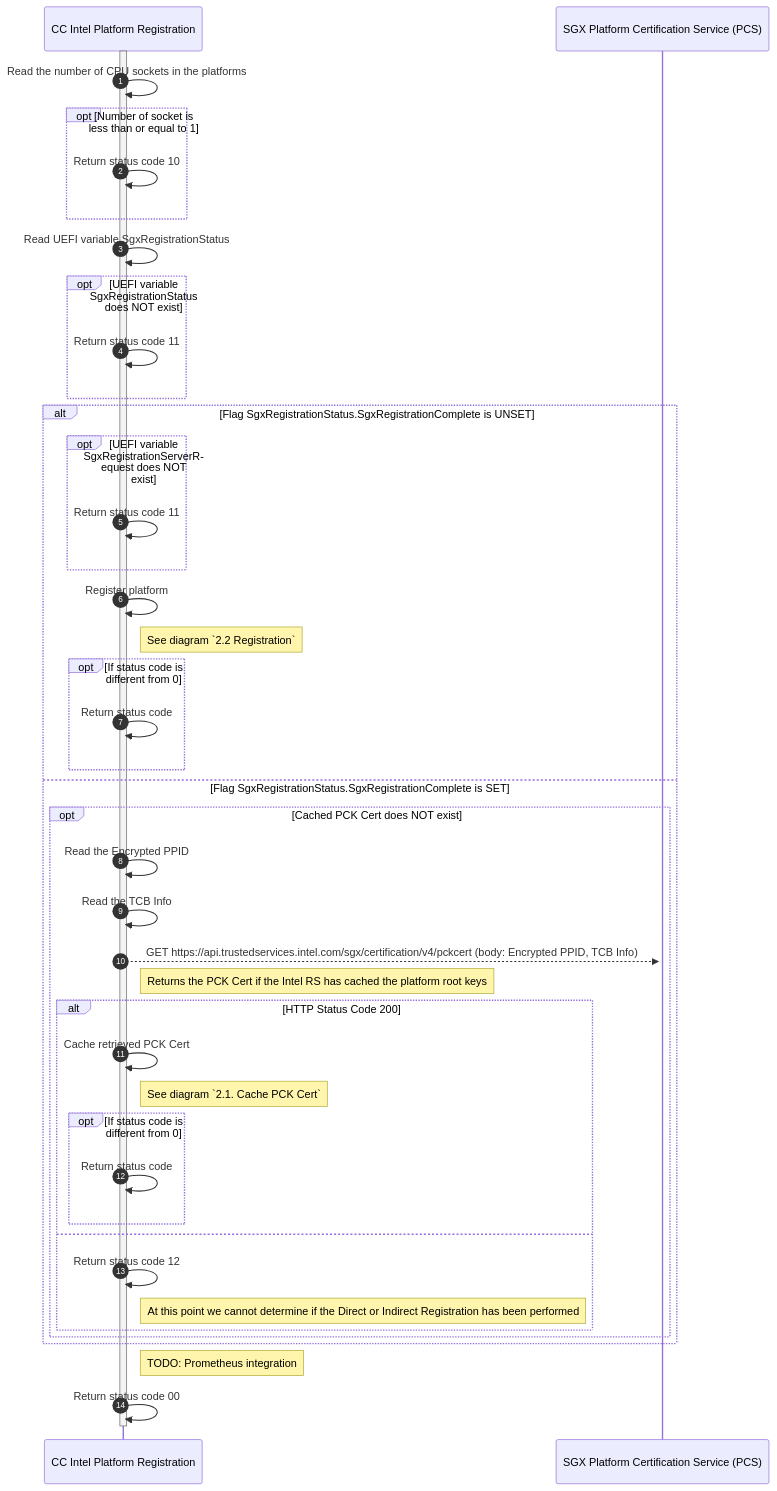
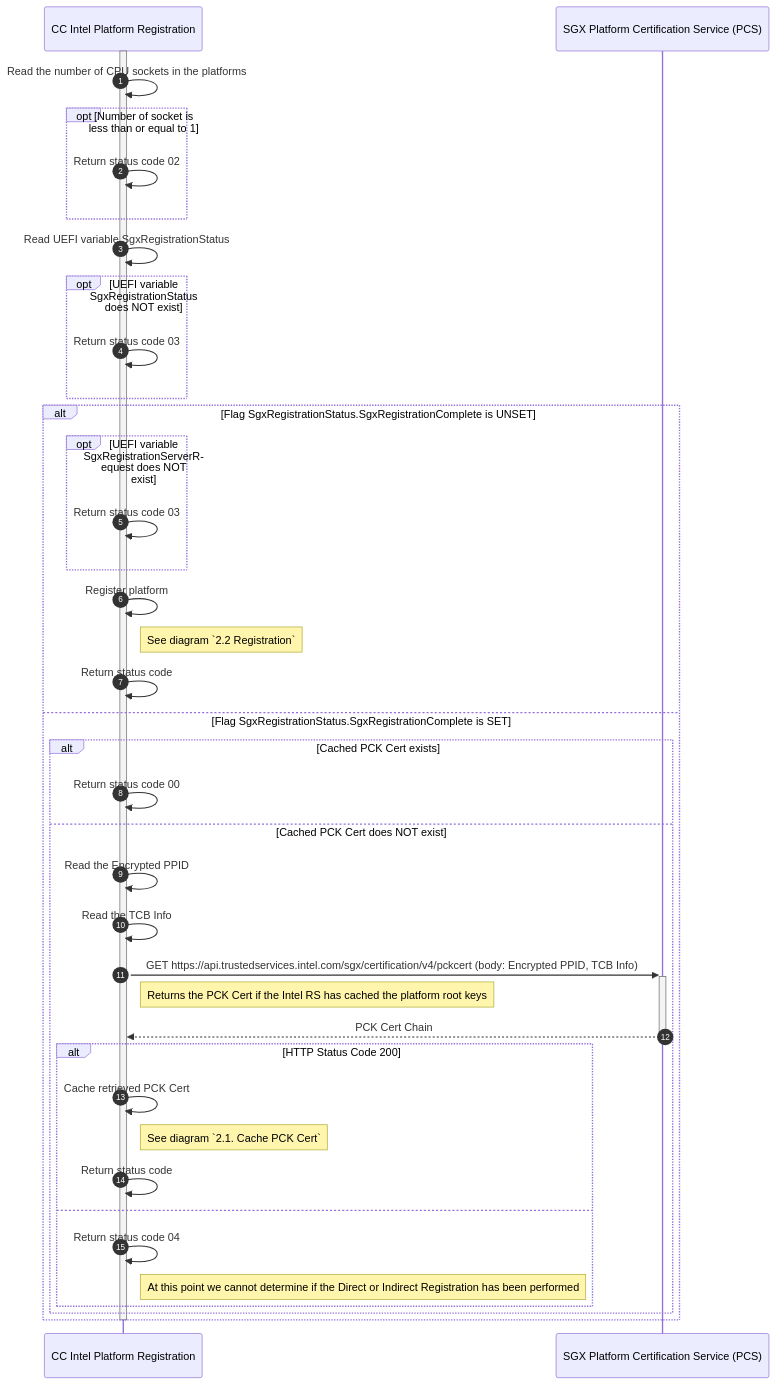
The second of 4 diagrams in docs/sequence_diagrams/registration.md (opensovereigncloud/cc-intel-platform-registration), drawn with Mermaid before and after one commit. The commit also changed other lines of this file, not shown here.

Commit message:
enhance flow

````diff
--- a/docs/sequence_diagrams/registration.md
+++ b/docs/sequence_diagrams/registration.md
@@ -74,62 +77,57 @@
 ```mermaid
 sequenceDiagram
     participant cc_ipr as CC Intel Platform Registration
     participant pcs as SGX Platform Certification Service (PCS)
 
     autonumber
 
     activate cc_ipr
 
     cc_ipr->>cc_ipr: Read the number of CPU sockets in the platforms
         
     opt Number of socket is less than or equal to 1
-        cc_ipr->>cc_ipr: Return status code 10
+        cc_ipr->>cc_ipr: Return status code 02
     end 
 
     cc_ipr->>cc_ipr: Read UEFI variable SgxRegistrationStatus
 
     opt UEFI variable SgxRegistrationStatus does NOT exist
-        cc_ipr->>cc_ipr: Return status code 11
+        cc_ipr->>cc_ipr: Return status code 03
     end
 
     alt Flag SgxRegistrationStatus.SgxRegistrationComplete is UNSET 
         opt UEFI variable SgxRegistrationServerRequest does NOT exist
-            cc_ipr->>cc_ipr: Return status code 11
+            cc_ipr->>cc_ipr: Return status code 03
         end
 
         cc_ipr->>cc_ipr: Register platform
         note right of cc_ipr: See diagram `2.2 Registration`
 
-        opt If status code is different from 0
-            cc_ipr->>cc_ipr: Return status code
-        end
+        cc_ipr->>cc_ipr: Return status code
+
     else Flag SgxRegistrationStatus.SgxRegistrationComplete is SET
-        opt Cached PCK Cert does NOT exist
+        alt Cached PCK Cert exists
+            cc_ipr->>cc_ipr: Return status code 00 
+        else Cached PCK Cert does NOT exist
            cc_ipr->>cc_ipr: Read the Encrypted PPID
 
             cc_ipr->>cc_ipr: Read the TCB Info
 
-            cc_ipr-->>+pcs: GET https://api.trustedservices.intel.com/sgx/certification/v4/pckcert (body: Encrypted PPID, TCB Info)
-            note right of cc_ipr: Returns the PCK Cert if the Intel RS has cached the platform root keys
+            cc_ipr->>+pcs: GET https://api.trustedservices.intel.com/sgx/certification/v4/pckcert (body: Encrypted PPID, TCB Info)
+                note right of cc_ipr: Returns the PCK Cert if the Intel RS has cached the platform root keys
+            pcs-->>-cc_ipr: PCK Cert Chain
 
             alt HTTP Status Code 200
                 cc_ipr->>cc_ipr: Cache retrieved PCK Cert
                 note right of cc_ipr: See diagram `2.1. Cache PCK Cert`
 
-                opt If status code is different from 0
-                    cc_ipr->>cc_ipr: Return status code
-                end
+                cc_ipr->>cc_ipr: Return status code
             else
-                cc_ipr->>cc_ipr: Return status code 12
+                cc_ipr->>cc_ipr: Return status code 04
                 note right of cc_ipr: At this point we cannot determine if the Direct or Indirect Registration has been performed
             end
-        end
-
-        
+        end        
     end
-
-    note right of cc_ipr: TODO: Prometheus integration
-    cc_ipr->>cc_ipr: Return status code 00
 
     deactivate cc_ipr
 ```
````
